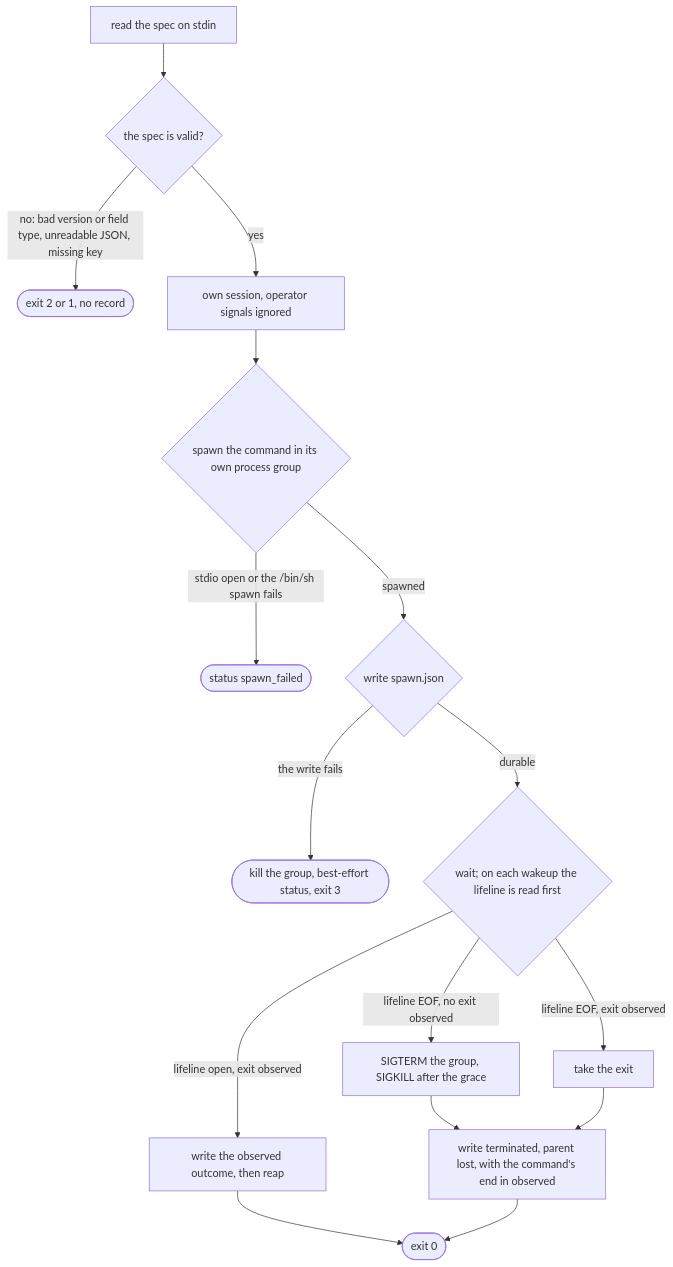
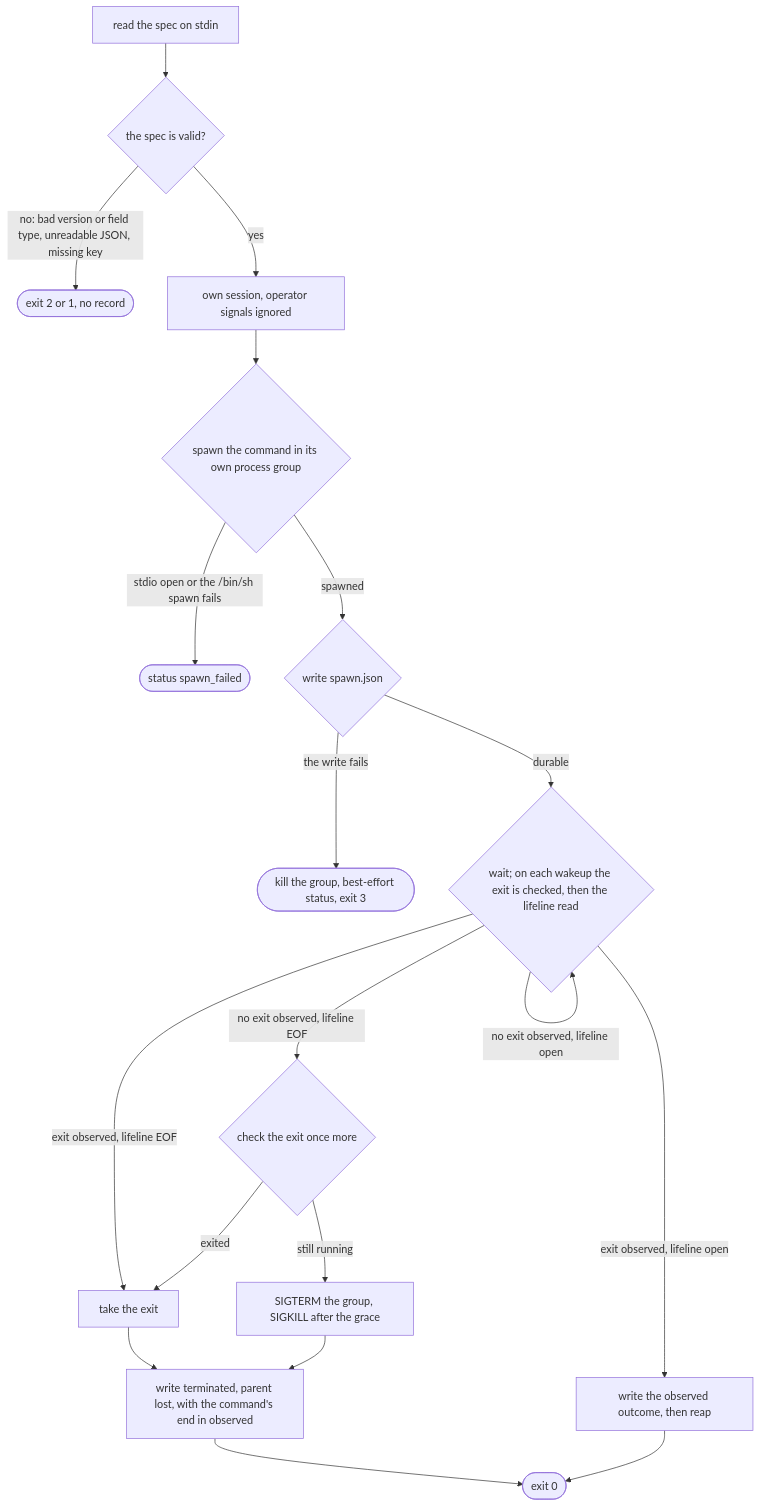
Before and after one commit to mrbald/dsl41: the diagram in docs/blocks/wrapper.md, drawn with Mermaid. The commit also changed other lines of this file and 11 other files, not shown here.

First line of the commit message:
DL-544: the wrapper observes the exit before it reads the lifeline

````diff
--- a/docs/blocks/wrapper.md
+++ b/docs/blocks/wrapper.md
@@ -32,18 +32,21 @@
 ```mermaid
 flowchart TD
     read["read the spec on stdin"] --> valid{"the spec is valid?"}
     valid -->|"no: bad version or field type, unreadable JSON, missing key"| refused(["exit 2 or 1, no record"])
     valid -->|"yes"| session["own session, operator signals ignored"]
     session --> spawn{"spawn the command in its own process group"}
     spawn -->|"stdio open or the /bin/sh spawn fails"| spawnfail(["status spawn_failed"])
     spawn -->|"spawned"| record{"write spawn.json"}
     record -->|"the write fails"| killed(["kill the group, best-effort status, exit 3"])
-    record -->|"durable"| wait{"wait; on each wakeup the lifeline is read first"}
-    wait -->|"lifeline open, exit observed"| exited["write the observed outcome, then reap"]
-    wait -->|"lifeline EOF, no exit observed"| lost["SIGTERM the group, SIGKILL after the grace"]
-    wait -->|"lifeline EOF, exit observed"| seen["take the exit"]
+    record -->|"durable"| wait{"wait; on each wakeup the exit is checked, then the lifeline read"}
+    wait -->|"exit observed, lifeline open"| exited["write the observed outcome, then reap"]
+    wait -->|"no exit observed, lifeline open"| wait
+    wait -->|"no exit observed, lifeline EOF"| again{"check the exit once more"}
+    again -->|"still running"| lost["SIGTERM the group, SIGKILL after the grace"]
+    again -->|"exited"| seen
+    wait -->|"exit observed, lifeline EOF"| seen["take the exit"]
     lost --> term["write terminated, parent lost, with the command's end in observed"]
     seen --> term
     exited --> ok(["exit 0"])
     term --> ok
 ```
````
